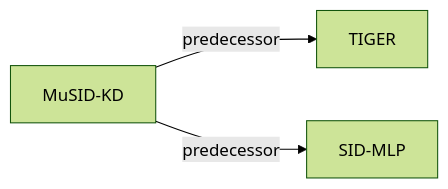
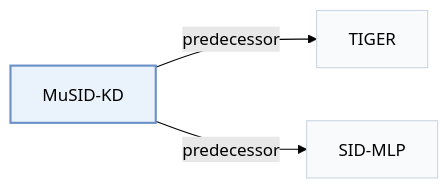
Before and after one commit to Galaxy-ghost/Awesome-SID-Generative-Rec: the second of 2 diagrams in pages/papers/musid-kd.md, drawn with Mermaid (forest theme). The commit also changed other lines of this file and 649 other files, not shown here.

Commit message:
writer-05: also tags and modality index (schema, check, build, visuals); summary field removed; calibration data for 12 papers

````diff
--- a/pages/papers/musid-kd.md
+++ b/pages/papers/musid-kd.md
@@ -69,6 +73,10 @@
 ```mermaid
 flowchart LR
     P["MuSID-KD"]
-    P -->|predecessor| A["TIGER"]
-    P -->|predecessor| B["SID-MLP"]
+    P -->|"predecessor"| A["TIGER"]
+    P -->|"predecessor"| B["SID-MLP"]
+    classDef main fill:#eaf2fb,stroke:#6b8fc7,stroke-width:2px
+    classDef peer fill:#f8fafc,stroke:#cbd5e1
+    class P main
+    class A,B peer
 ```
````
